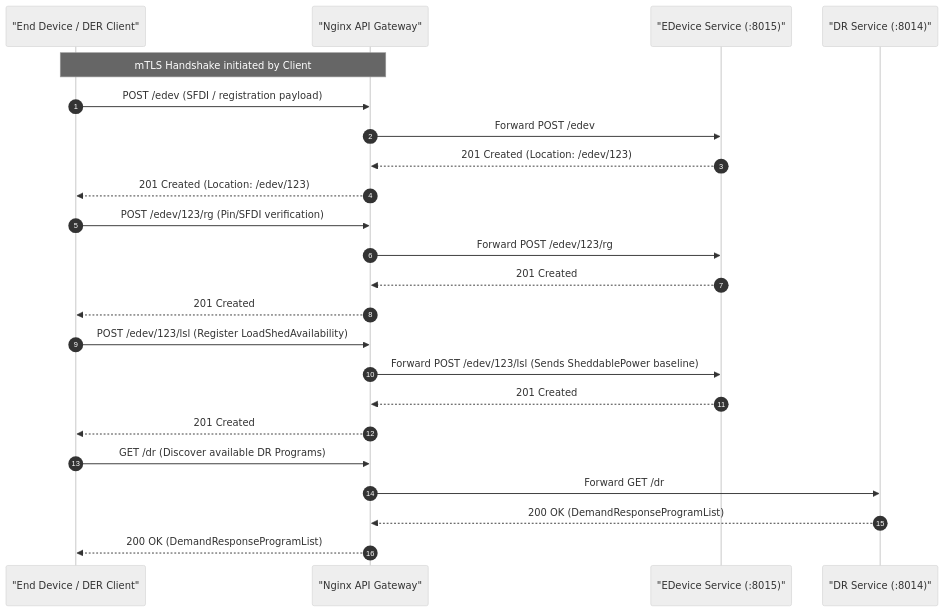
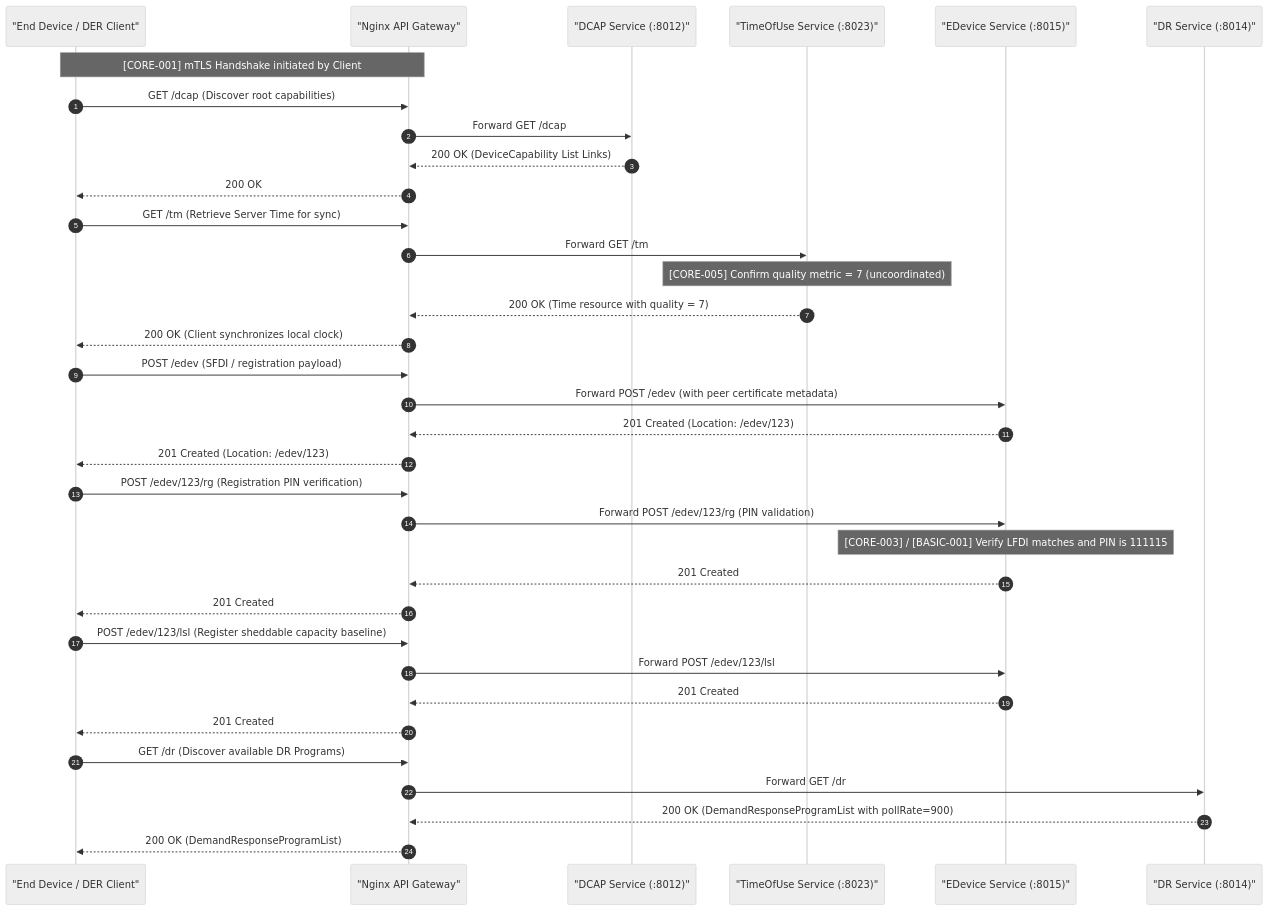
One commit to Tylores/egot changed the first of 6 diagrams in lifecycles/blackstart.md. Above: the diagram before and after it, drawn with Mermaid (neutral theme). The commit also changed other lines of this file and 68 other files, not shown here.

Commit message:
refactor: migrate to microservices architecture, add validation tools and scenario tests

````diff
--- a/lifecycles/blackstart.md
+++ b/lifecycles/blackstart.md
@@ -11,29 +11,44 @@
 ```mermaid
 sequenceDiagram
     autonumber
     participant Client as "End Device / DER Client"
     participant GW as "Nginx API Gateway"
+    participant DCAP as "DCAP Service (:8012)"
+    participant TimeOfUse as "TimeOfUse Service (:8023)"
     participant EDev as "EDevice Service (:8015)"
     participant DR as "DR Service (:8014)"
 
-    Note over Client, GW: mTLS Handshake initiated by Client
+    Note over Client, GW: [CORE-001] mTLS Handshake initiated by Client
+    
+    Client->>GW: GET /dcap (Discover root capabilities)
+    GW->>DCAP: Forward GET /dcap
+    DCAP-->>GW: 200 OK (DeviceCapability List Links)
+    GW-->>Client: 200 OK
+    
+    Client->>GW: GET /tm (Retrieve Server Time for sync)
+    GW->>TimeOfUse: Forward GET /tm
+    Note over TimeOfUse: [CORE-005] Confirm quality metric = 7 (uncoordinated)
+    TimeOfUse-->>GW: 200 OK (Time resource with quality = 7)
+    GW-->>Client: 200 OK (Client synchronizes local clock)
+
     Client->>GW: POST /edev (SFDI / registration payload)
-    GW->>EDev: Forward POST /edev
+    GW->>EDev: Forward POST /edev (with peer certificate metadata)
     EDev-->>GW: 201 Created (Location: /edev/123)
     GW-->>Client: 201 Created (Location: /edev/123)
 
-    Client->>GW: POST /edev/123/rg (Pin/SFDI verification)
-    GW->>EDev: Forward POST /edev/123/rg
+    Client->>GW: POST /edev/123/rg (Registration PIN verification)
+    GW->>EDev: Forward POST /edev/123/rg (PIN validation)
+    Note over EDev: [CORE-003] / [BASIC-001] Verify LFDI matches and PIN is 111115
     EDev-->>GW: 201 Created
     GW-->>Client: 201 Created
 
-    Client->>GW: POST /edev/123/lsl (Register LoadShedAvailability)
-    GW->>EDev: Forward POST /edev/123/lsl (Sends SheddablePower baseline)
+    Client->>GW: POST /edev/123/lsl (Register sheddable capacity baseline)
+    GW->>EDev: Forward POST /edev/123/lsl
     EDev-->>GW: 201 Created
     GW-->>Client: 201 Created
 
     Client->>GW: GET /dr (Discover available DR Programs)
     GW->>DR: Forward GET /dr
-    DR-->>GW: 200 OK (DemandResponseProgramList)
+    DR-->>GW: 200 OK (DemandResponseProgramList with pollRate=900)
     GW-->>Client: 200 OK (DemandResponseProgramList)
 ```
````
